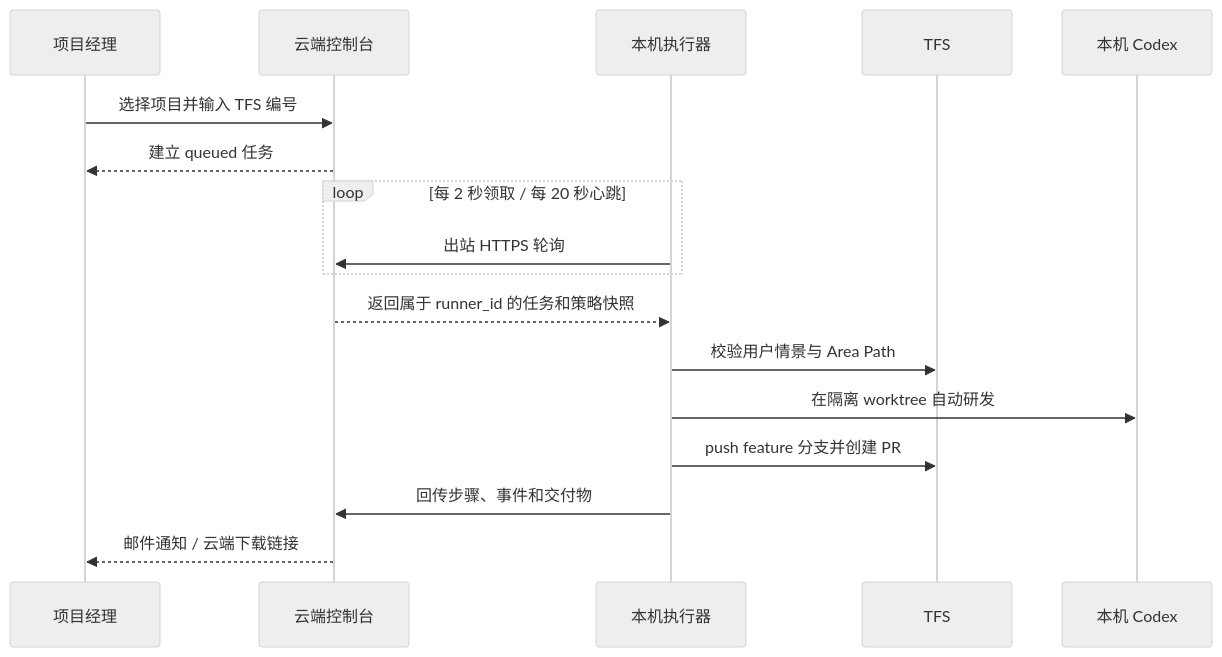
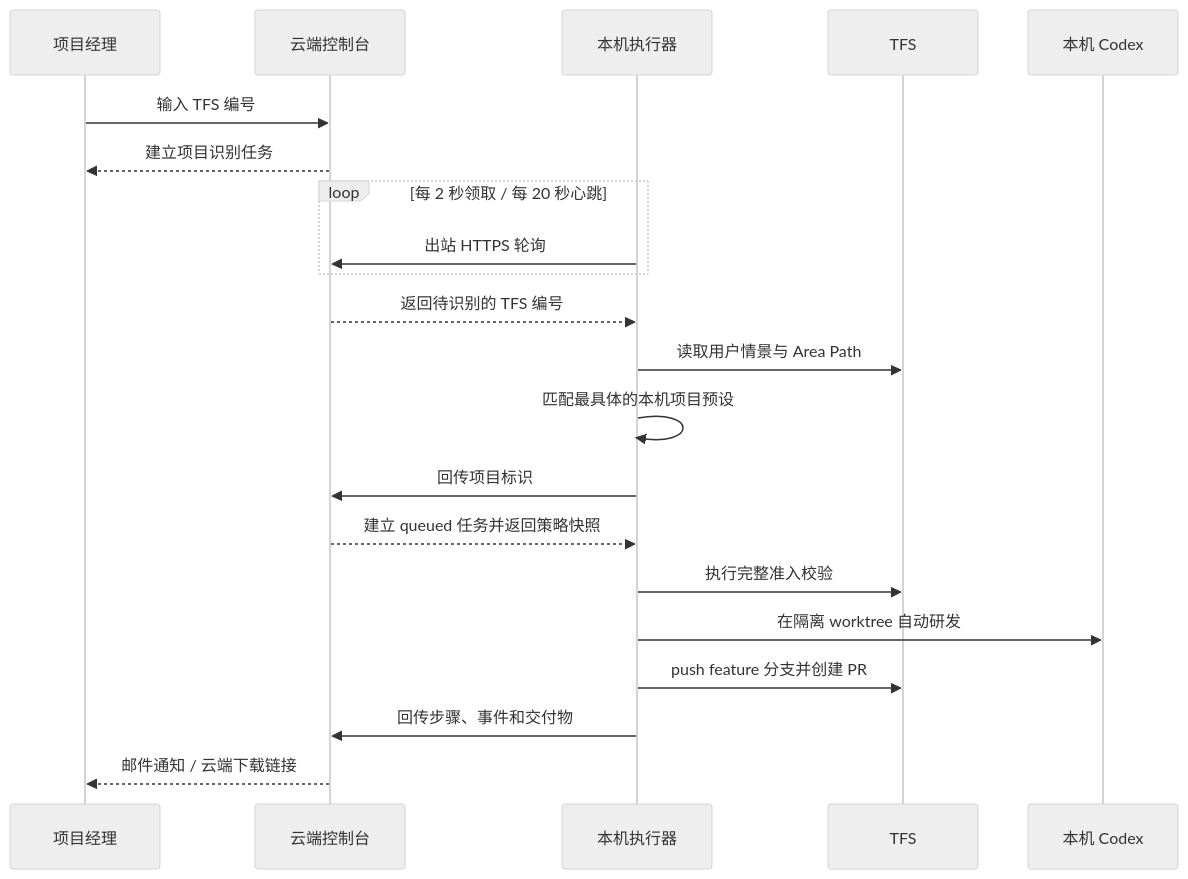
Before and after one commit to yangtaoer/auto-dev: the second of 2 diagrams in docs/architecture.md, drawn with Mermaid (neutral theme). The commit also changed other lines of this file and 23 other files, not shown here.

````diff
--- a/docs/architecture.md
+++ b/docs/architecture.md
@@ -23,20 +23,24 @@
 ```mermaid
 sequenceDiagram
     participant PM as 项目经理
     participant Cloud as 云端控制台
     participant PC as 本机执行器
     participant TFS as TFS
     participant Codex as 本机 Codex
 
-    PM->>Cloud: 选择项目并输入 TFS 编号
-    Cloud-->>PM: 建立 queued 任务
+    PM->>Cloud: 输入 TFS 编号
+    Cloud-->>PM: 建立项目识别任务
     loop 每 2 秒领取 / 每 20 秒心跳
         PC->>Cloud: 出站 HTTPS 轮询
     end
-    Cloud-->>PC: 返回属于 runner_id 的任务和策略快照
-    PC->>TFS: 校验用户情景与 Area Path
+    Cloud-->>PC: 返回待识别的 TFS 编号
+    PC->>TFS: 读取用户情景与 Area Path
+    PC->>PC: 匹配最具体的本机项目预设
+    PC->>Cloud: 回传项目标识
+    Cloud-->>PC: 建立 queued 任务并返回策略快照
+    PC->>TFS: 执行完整准入校验
     PC->>Codex: 在隔离 worktree 自动研发
     PC->>TFS: push feature 分支并创建 PR
     PC->>Cloud: 回传步骤、事件和交付物
     Cloud-->>PM: 邮件通知 / 云端下载链接
 ```
````
